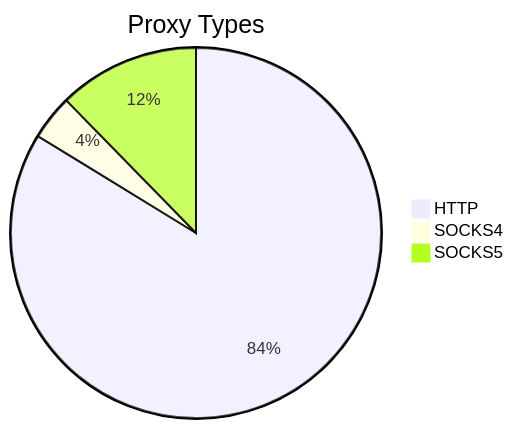
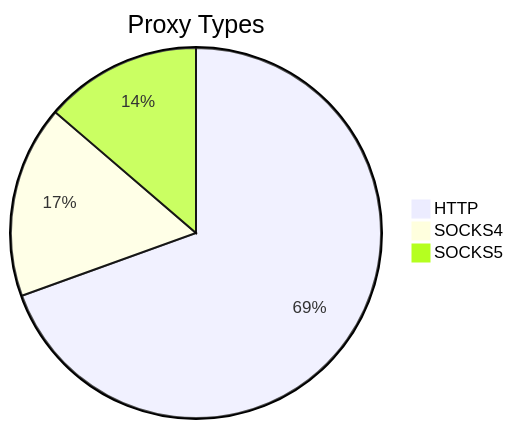
Before and after one commit to stormsia/proxy-list: the first of 2 diagrams in README.md, drawn with Mermaid. The commit also changed other lines of this file, not shown here.

````diff
--- a/README.md
+++ b/README.md
@@ -21,6 +21,6 @@
 ```mermaid
 pie title Proxy Types
-    "HTTP" : 299
-    "SOCKS4" : 14
-    "SOCKS5" : 44
+    "HTTP" : 360
+    "SOCKS4" : 87
+    "SOCKS5" : 71
 ```
````
